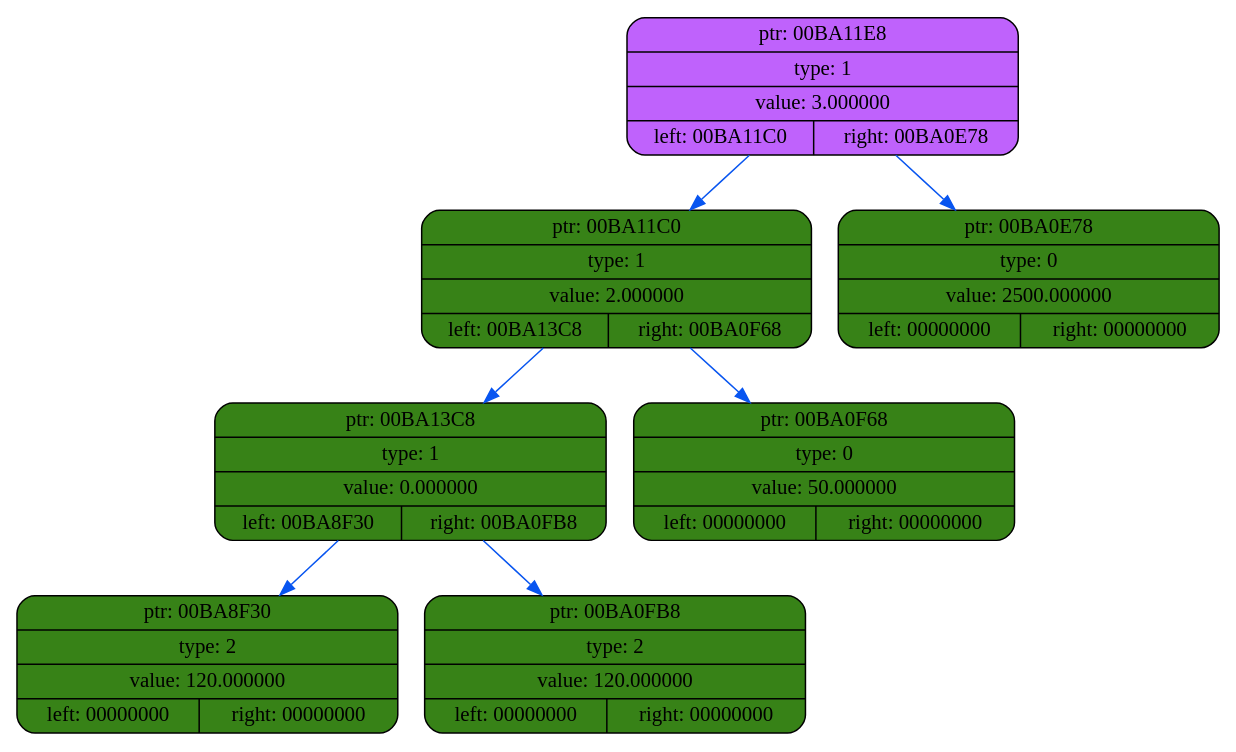
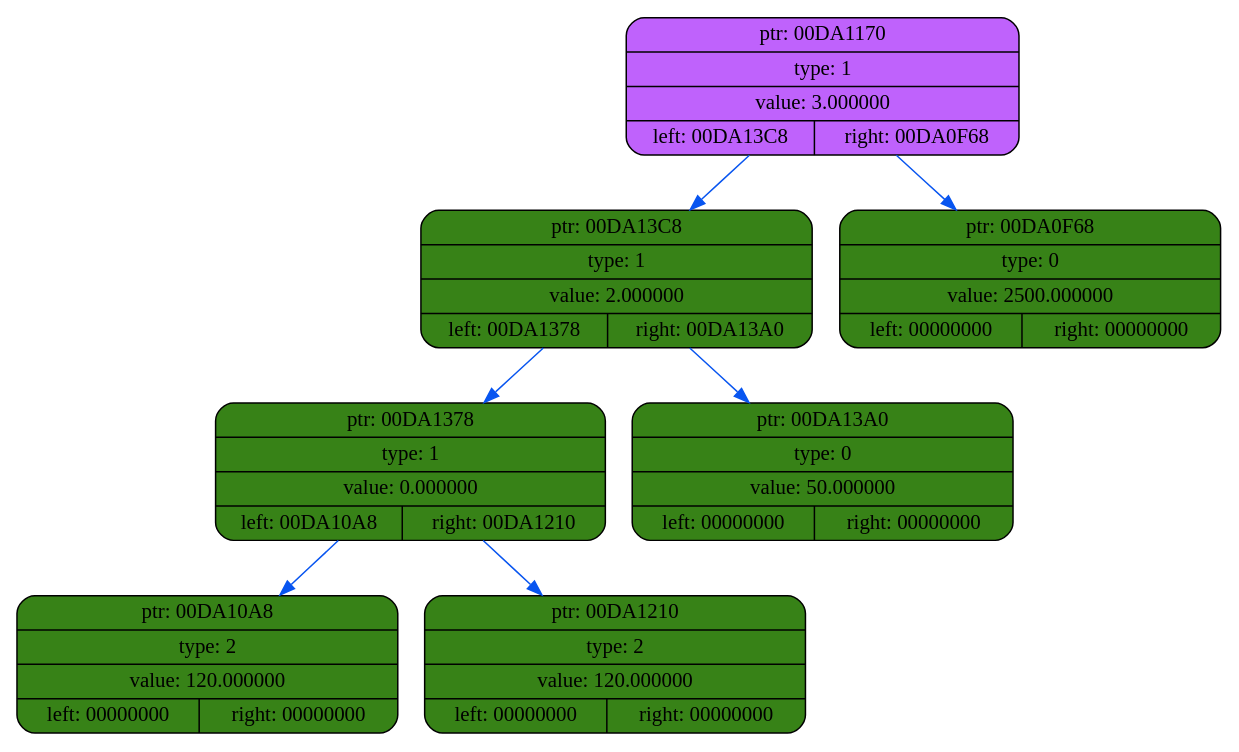
One commit to coffee8cat/differentiator changed the diagram in dump/dump6.dot. Above: the diagram before and after it, drawn with Graphviz. The commit also changed 16 other files, not shown here.

```diff
--- a/dump/dump6.dot
+++ b/dump/dump6.dot
@@ -1,18 +1,18 @@
 digraph
 {
     rankdir=TP
 
-        node00BA11E8[shape=record,style="rounded,filled",fillcolor="#BF62FC",label="{ ptr: 00BA11E8 | type: 1 | value: 3.000000| { left: 00BA11C0 | right: 00BA0E78 }}"];
-    node00BA11E8 -> node00BA11C0[color="#0855F0"]
-    node00BA11C0[shape=record,style="rounded,filled",fillcolor="#378217",label="{ ptr: 00BA11C0 | type: 1 | value: 2.000000| { left: 00BA13C8 | right: 00BA0F68 }}"];
-    node00BA11C0 -> node00BA13C8[color="#0855F0"]
-    node00BA13C8[shape=record,style="rounded,filled",fillcolor="#378217",label="{ ptr: 00BA13C8 | type: 1 | value: 0.000000| { left: 00BA8F30 | right: 00BA0FB8 }}"];
-    node00BA13C8 -> node00BA8F30[color="#0855F0"]
-    node00BA8F30[shape=record,style="rounded,filled",fillcolor="#378217",label="{ ptr: 00BA8F30 | type: 2 | value: 120.000000| { left: 00000000 | right: 00000000 }}"];
-    node00BA13C8 -> node00BA0FB8[color="#0855F0"]
-    node00BA0FB8[shape=record,style="rounded,filled",fillcolor="#378217",label="{ ptr: 00BA0FB8 | type: 2 | value: 120.000000| { left: 00000000 | right: 00000000 }}"];
-    node00BA11C0 -> node00BA0F68[color="#0855F0"]
-    node00BA0F68[shape=record,style="rounded,filled",fillcolor="#378217",label="{ ptr: 00BA0F68 | type: 0 | value: 50.000000| { left: 00000000 | right: 00000000 }}"];
-    node00BA11E8 -> node00BA0E78[color="#0855F0"]
-    node00BA0E78[shape=record,style="rounded,filled",fillcolor="#378217",label="{ ptr: 00BA0E78 | type: 0 | value: 2500.000000| { left: 00000000 | right: 00000000 }}"];
+        node00DA1170[shape=record,style="rounded,filled",fillcolor="#BF62FC",label="{ ptr: 00DA1170 | type: 1 | value: 3.000000| { left: 00DA13C8 | right: 00DA0F68 }}"];
+    node00DA1170 -> node00DA13C8[color="#0855F0"]
+    node00DA13C8[shape=record,style="rounded,filled",fillcolor="#378217",label="{ ptr: 00DA13C8 | type: 1 | value: 2.000000| { left: 00DA1378 | right: 00DA13A0 }}"];
+    node00DA13C8 -> node00DA1378[color="#0855F0"]
+    node00DA1378[shape=record,style="rounded,filled",fillcolor="#378217",label="{ ptr: 00DA1378 | type: 1 | value: 0.000000| { left: 00DA10A8 | right: 00DA1210 }}"];
+    node00DA1378 -> node00DA10A8[color="#0855F0"]
+    node00DA10A8[shape=record,style="rounded,filled",fillcolor="#378217",label="{ ptr: 00DA10A8 | type: 2 | value: 120.000000| { left: 00000000 | right: 00000000 }}"];
+    node00DA1378 -> node00DA1210[color="#0855F0"]
+    node00DA1210[shape=record,style="rounded,filled",fillcolor="#378217",label="{ ptr: 00DA1210 | type: 2 | value: 120.000000| { left: 00000000 | right: 00000000 }}"];
+    node00DA13C8 -> node00DA13A0[color="#0855F0"]
+    node00DA13A0[shape=record,style="rounded,filled",fillcolor="#378217",label="{ ptr: 00DA13A0 | type: 0 | value: 50.000000| { left: 00000000 | right: 00000000 }}"];
+    node00DA1170 -> node00DA0F68[color="#0855F0"]
+    node00DA0F68[shape=record,style="rounded,filled",fillcolor="#378217",label="{ ptr: 00DA0F68 | type: 0 | value: 2500.000000| { left: 00000000 | right: 00000000 }}"];
 }
```
